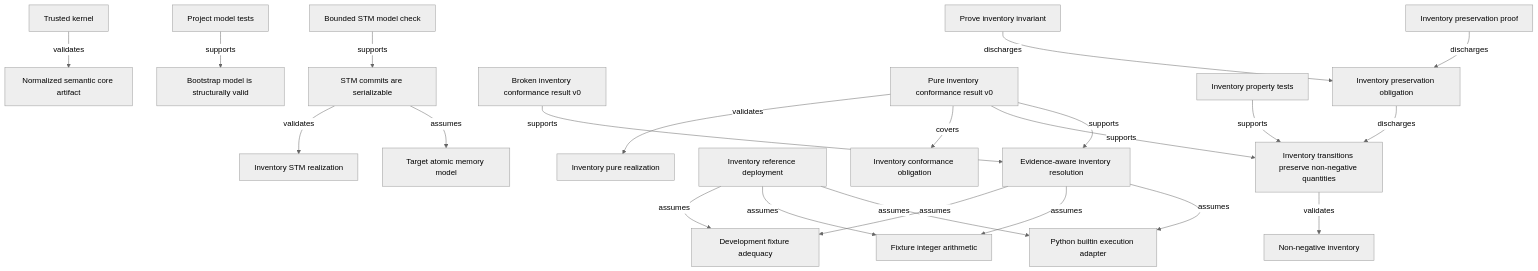
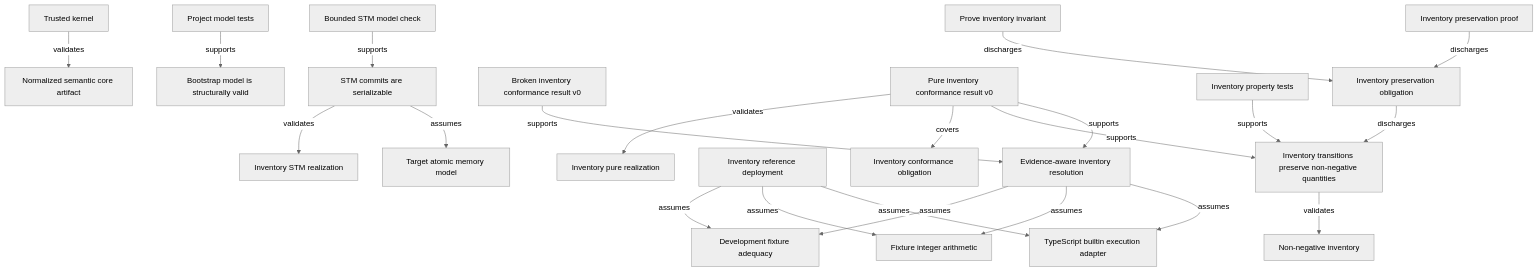
Before and after one commit to phibkro/semantic-systems: the diagram in generated/04-evidence-map.md, drawn with Mermaid (neutral theme). The commit also changed 106 other files, not shown here.

First line of the commit message:
feat(runtime): migrate core tooling to TypeScript and Effect v4

````diff
--- a/generated/04-evidence-map.md
+++ b/generated/04-evidence-map.md
@@ -5,47 +5,47 @@
 ```mermaid
 flowchart TD
     artifact_normalized_core["Normalized semantic core artifact"]
     assumption_inventory_fixture_coverage["Development fixture adequacy"]
     assumption_inventory_integer_arithmetic["Fixture integer arithmetic"]
-    assumption_inventory_python_adapter["Python builtin execution adapter"]
+    assumption_inventory_typescript_adapter["TypeScript builtin execution adapter"]
     assumption_memory_model["Target atomic memory model"]
     claim_inventory_invariant["Inventory transitions preserve non-negative quantities"]
     claim_inventory_resolution["Evidence-aware inventory resolution"]
     claim_model_valid["Bootstrap model is structurally valid"]
     claim_stm_serializable["STM commits are serializable"]
     component_kernel["Trusted kernel"]
     deployment_inventory_reference["Inventory reference deployment"]
     evidence_inventory_broken_conformance_v0["Broken inventory conformance result v0"]
     evidence_inventory_proof["Inventory preservation proof"]
     evidence_inventory_pure_conformance_v0["Pure inventory conformance result v0"]
     evidence_inventory_tests["Inventory property tests"]
     evidence_model_tests["Project model tests"]
     evidence_stm_model["Bounded STM model check"]
     invariant_inventory_nonnegative["Non-negative inventory"]
     obligation_inventory_conformance["Inventory conformance obligation"]
     obligation_inventory_proof["Inventory preservation obligation"]
     realization_inventory_pure["Inventory pure realization"]
     realization_inventory_stm["Inventory STM realization"]
     work_inventory_proof["Prove inventory invariant"]
     component_kernel -->|validates| artifact_normalized_core
     evidence_model_tests -->|supports| claim_model_valid
     obligation_inventory_proof -->|discharges| claim_inventory_invariant
     evidence_inventory_tests -->|supports| claim_inventory_invariant
     evidence_inventory_proof -->|discharges| obligation_inventory_proof
     evidence_stm_model -->|supports| claim_stm_serializable
     claim_stm_serializable -->|assumes| assumption_memory_model
     claim_inventory_invariant -->|validates| invariant_inventory_nonnegative
     claim_stm_serializable -->|validates| realization_inventory_stm
     evidence_inventory_pure_conformance_v0 -->|supports| claim_inventory_resolution
     evidence_inventory_broken_conformance_v0 -->|supports| claim_inventory_resolution
     evidence_inventory_pure_conformance_v0 -->|supports| claim_inventory_invariant
     evidence_inventory_pure_conformance_v0 -->|covers| obligation_inventory_conformance
     evidence_inventory_pure_conformance_v0 -->|validates| realization_inventory_pure
-    claim_inventory_resolution -->|assumes| assumption_inventory_python_adapter
+    claim_inventory_resolution -->|assumes| assumption_inventory_typescript_adapter
     claim_inventory_resolution -->|assumes| assumption_inventory_integer_arithmetic
     claim_inventory_resolution -->|assumes| assumption_inventory_fixture_coverage
-    deployment_inventory_reference -->|assumes| assumption_inventory_python_adapter
+    deployment_inventory_reference -->|assumes| assumption_inventory_typescript_adapter
     deployment_inventory_reference -->|assumes| assumption_inventory_integer_arithmetic
     deployment_inventory_reference -->|assumes| assumption_inventory_fixture_coverage
     work_inventory_proof -->|discharges| obligation_inventory_proof
 ```
````
